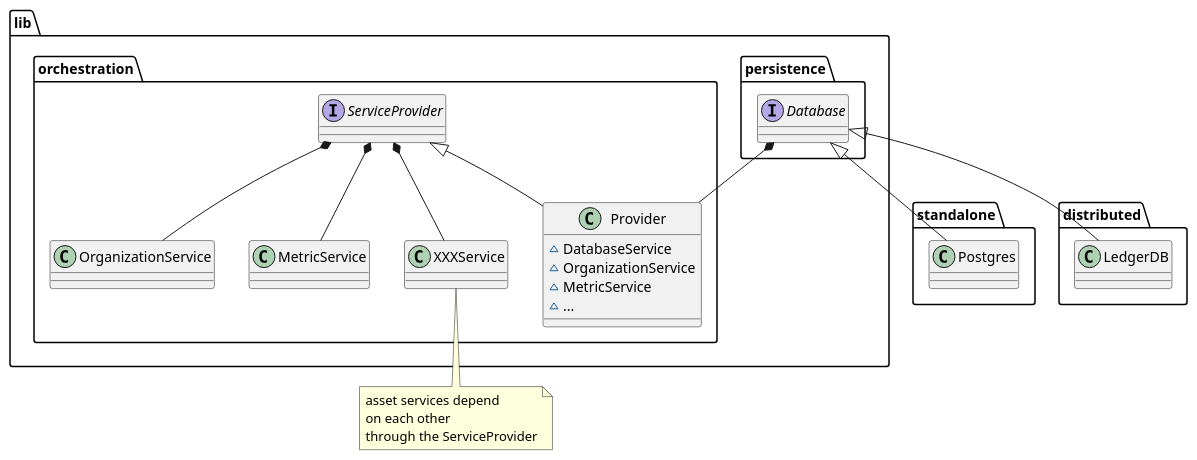
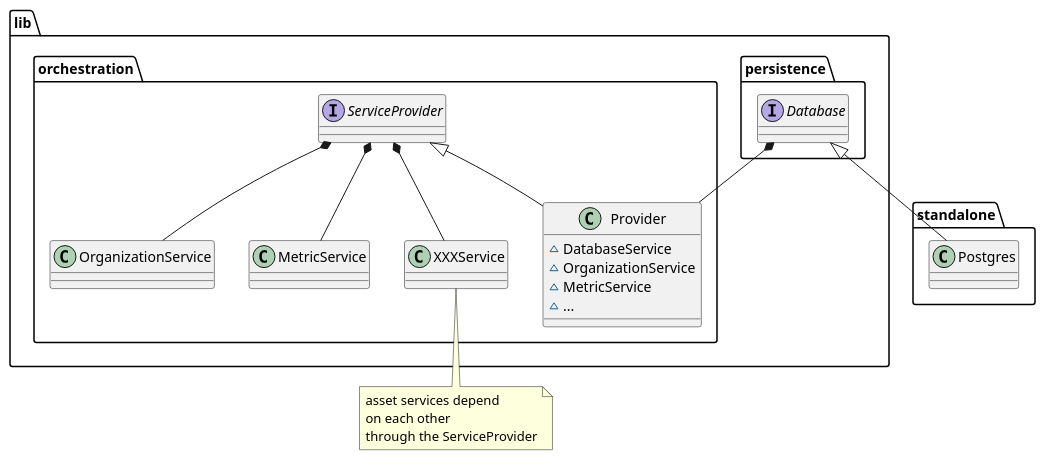
One commit to Substra/orchestrator changed the diagram in docs/schemas/orchestration.plantuml. Above: the diagram before and after it, drawn with PlantUML. The commit also changed 3 other files, not shown here.

```diff
--- a/docs/schemas/orchestration.plantuml
+++ b/docs/schemas/orchestration.plantuml
@@ -1,26 +1,25 @@
 @startuml
 
 interface lib.persistence.Database
 lib.persistence.Database <|-- standalone.Postgres
-lib.persistence.Database <|-- distributed.LedgerDB
 
 lib.persistence.Database *-- lib.orchestration.Provider
 interface lib.orchestration.ServiceProvider
 class lib.orchestration.Provider {
   ~DatabaseService
   ~OrganizationService
   ~MetricService
   ~...
 }
 lib.orchestration.ServiceProvider <|-- lib.orchestration.Provider
 
 lib.orchestration.ServiceProvider *-- lib.orchestration.OrganizationService
 lib.orchestration.ServiceProvider *-- lib.orchestration.MetricService
 lib.orchestration.ServiceProvider *-- lib.orchestration.XXXService
 note bottom
 asset services depend
 on each other
 through the ServiceProvider
 end note
 
 @enduml
```
